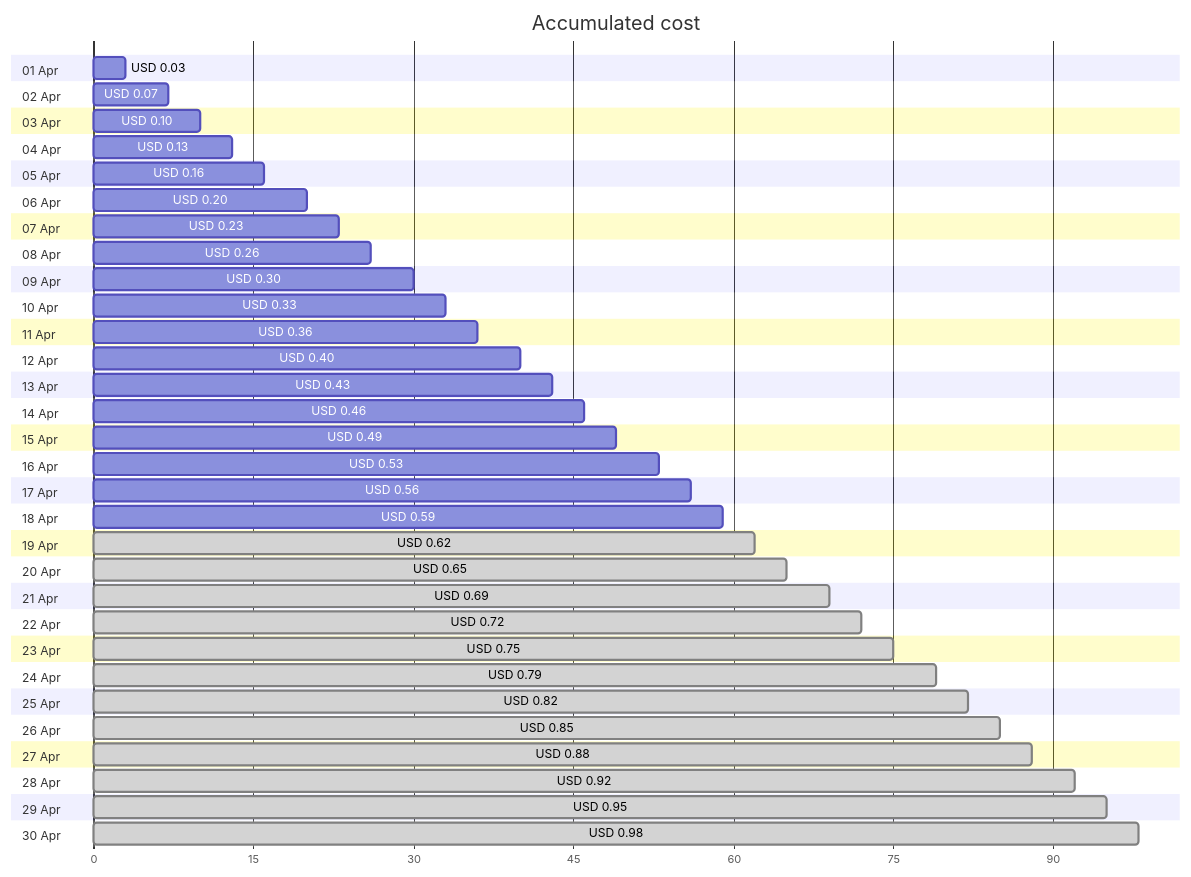
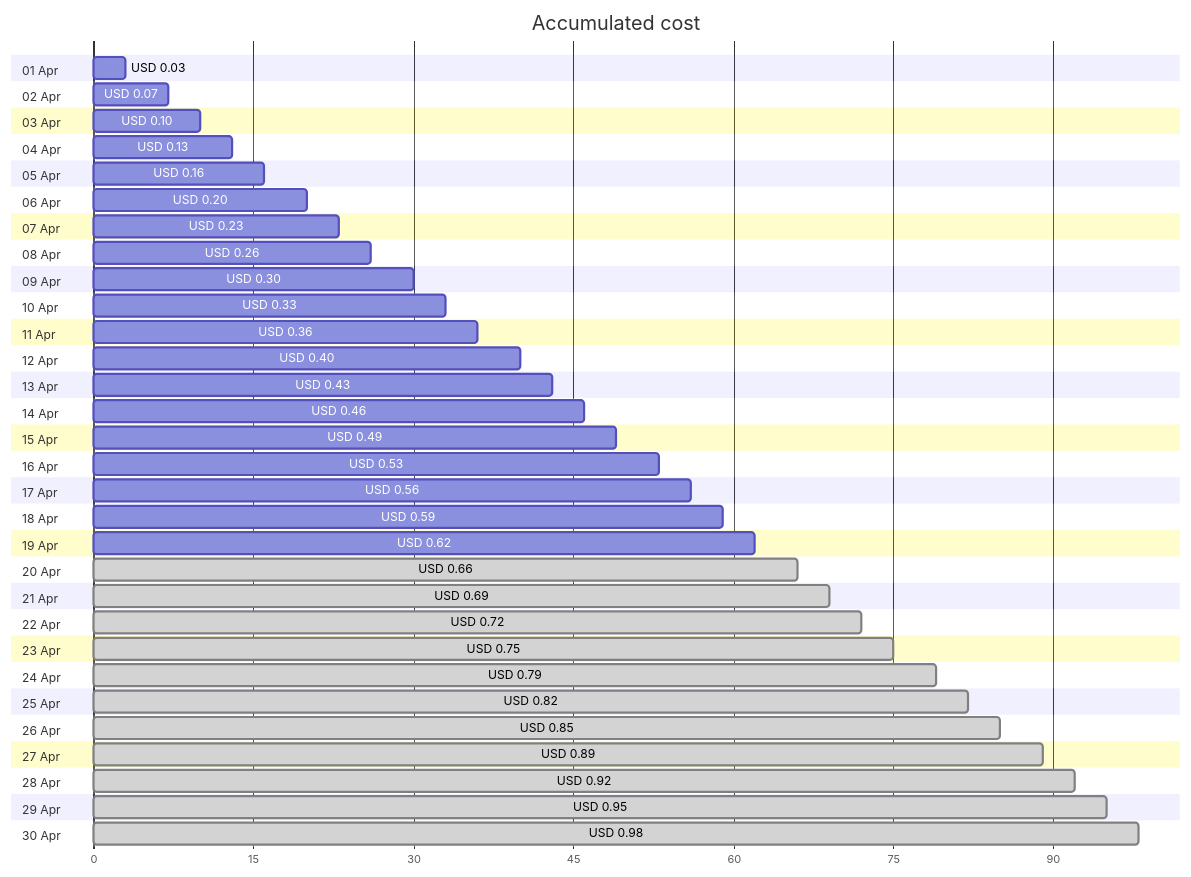
The first of 4 diagrams in cost-reports/personal-dns/README.md (jpfulton/azure-personal-reports), drawn with Mermaid before and after one commit. The commit also changed other lines of this file and 2 other files, not shown here.

````diff
--- a/cost-reports/personal-dns/README.md
+++ b/cost-reports/personal-dns/README.md
@@ -20,66 +20,66 @@
 ```mermaid
 gantt
    title Accumulated cost
    dateFormat  X
    axisFormat %s
    section 01 Apr
    USD 0.03 :0, 3
    section 02 Apr
    USD 0.07 :0, 7
    section 03 Apr
    USD 0.10 :0, 10
    section 04 Apr
    USD 0.13 :0, 13
    section 05 Apr
    USD 0.16 :0, 16
    section 06 Apr
    USD 0.20 :0, 20
    section 07 Apr
    USD 0.23 :0, 23
    section 08 Apr
    USD 0.26 :0, 26
    section 09 Apr
    USD 0.30 :0, 30
    section 10 Apr
    USD 0.33 :0, 33
    section 11 Apr
    USD 0.36 :0, 36
    section 12 Apr
    USD 0.40 :0, 40
    section 13 Apr
    USD 0.43 :0, 43
    section 14 Apr
    USD 0.46 :0, 46
    section 15 Apr
    USD 0.49 :0, 49
    section 16 Apr
    USD 0.53 :0, 53
    section 17 Apr
    USD 0.56 :0, 56
    section 18 Apr
    USD 0.59 :0, 59
    section 19 Apr
-   USD 0.62 : done, 0, 62
+   USD 0.62 :0, 62
    section 20 Apr
-   USD 0.65 : done, 0, 65
+   USD 0.66 : done, 0, 66
    section 21 Apr
    USD 0.69 : done, 0, 69
    section 22 Apr
    USD 0.72 : done, 0, 72
    section 23 Apr
    USD 0.75 : done, 0, 75
    section 24 Apr
    USD 0.79 : done, 0, 79
    section 25 Apr
    USD 0.82 : done, 0, 82
    section 26 Apr
    USD 0.85 : done, 0, 85
    section 27 Apr
-   USD 0.88 : done, 0, 88
+   USD 0.89 : done, 0, 89
    section 28 Apr
    USD 0.92 : done, 0, 92
    section 29 Apr
    USD 0.95 : done, 0, 95
    section 30 Apr
    USD 0.98 : done, 0, 98
 ```
````
